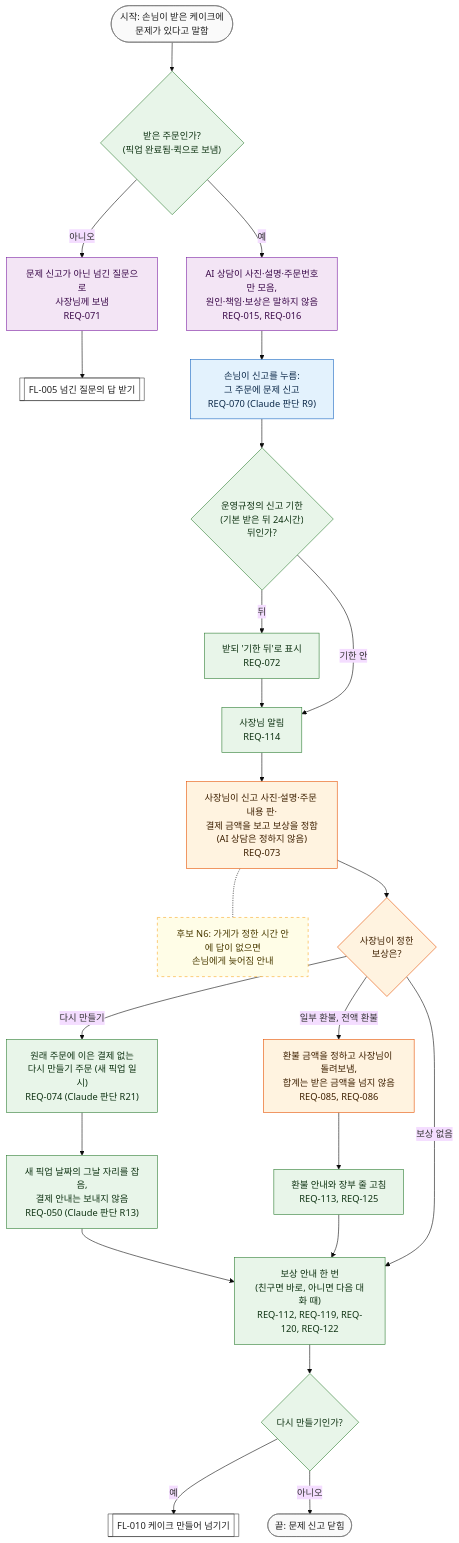
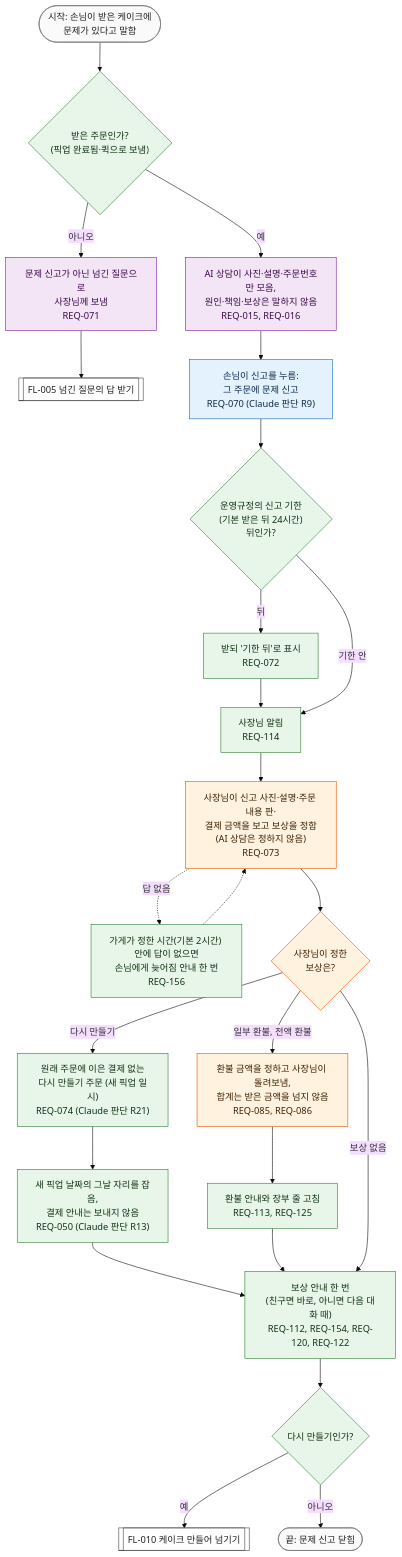
The diagram in docs/03-user-flow/FL-011-report-issue.md (kodonghui/siljang.ai), drawn with Mermaid (base theme) before and after one commit. The commit also changed other lines of this file and 17 other files, not shown here.

First line of the commit message:
docs(flow): 03단계 확정을 반영하고 요구사항 2판을 더함

````diff
--- a/docs/03-user-flow/FL-011-report-issue.md
+++ b/docs/03-user-flow/FL-011-report-issue.md
@@ -18,52 +18,53 @@
 ```mermaid
 flowchart TD
   S(["시작: 손님이 받은 케이크에<br/>문제가 있다고 말함"])
   D0{"받은 주문인가?<br/>(픽업 완료됨·퀵으로 보냄)"}
   I1["문제 신고가 아닌 넘긴 질문으로<br/>사장님께 보냄<br/>REQ-071"]
   F5[["FL-005 넘긴 질문의 답 받기"]]
   I2["AI 상담이 사진·설명·주문번호만 모음,<br/>원인·책임·보상은 말하지 않음<br/>REQ-015, REQ-016"]
   I3["손님이 신고를 누름:<br/>그 주문에 문제 신고<br/>REQ-070 (Claude 판단 R9)"]
   D1{"운영규정의 신고 기한<br/>(기본 받은 뒤 24시간)<br/>뒤인가?"}
   I4["받되 '기한 뒤'로 표시<br/>REQ-072"]
   I5["사장님 알림<br/>REQ-114"]
   I6["사장님이 신고 사진·설명·주문 내용 판·<br/>결제 금액을 보고 보상을 정함<br/>(AI 상담은 정하지 않음)<br/>REQ-073"]
-  G6["후보 N6: 가게가 정한 시간 안에 답이 없으면<br/>손님에게 늦어짐 안내"]
+  G6["가게가 정한 시간(기본 2시간) 안에 답이 없으면<br/>손님에게 늦어짐 안내 한 번<br/>REQ-156"]
   D2{"사장님이 정한<br/>보상은?"}
   I7["원래 주문에 이은 결제 없는<br/>다시 만들기 주문 (새 픽업 일시)<br/>REQ-074 (Claude 판단 R21)"]
   I8["새 픽업 날짜의 그날 자리를 잡음,<br/>결제 안내는 보내지 않음<br/>REQ-050 (Claude 판단 R13)"]
   I9["환불 금액을 정하고 사장님이 돌려보냄,<br/>합계는 받은 금액을 넘지 않음<br/>REQ-085, REQ-086"]
   I10["환불 안내와 장부 줄 고침<br/>REQ-113, REQ-125"]
-  I11["보상 안내 한 번<br/>(친구면 바로, 아니면 다음 대화 때)<br/>REQ-112, REQ-119, REQ-120, REQ-122"]
+  I11["보상 안내 한 번<br/>(친구면 바로, 아니면 다음 대화 때)<br/>REQ-112, REQ-154, REQ-120, REQ-122"]
   D3{"다시 만들기인가?"}
   F10[["FL-010 케이크 만들어 넘기기"]]
   E1(["끝: 문제 신고 닫힘"])
 
   S --> D0
   D0 -->|"아니오"| I1 --> F5
   D0 -->|"예"| I2 --> I3 --> D1
   D1 -->|"뒤"| I4 --> I5
   D1 -->|"기한 안"| I5
   I5 --> I6 --> D2
-  I6 -.- G6
+  I6 -.->|"답 없음"| G6
+  G6 -.-> I6
   D2 -->|"다시 만들기"| I7 --> I8 --> I11
   D2 -->|"일부 환불, 전액 환불"| I9 --> I10 --> I11
   D2 -->|"보상 없음"| I11
   I11 --> D3
   D3 -->|"예"| F10
   D3 -->|"아니오"| E1
 
   classDef cust fill:#e3f2fd,stroke:#1565c0,color:#0d2a4a
   classDef ai fill:#f3e5f5,stroke:#7b1fa2,color:#3b0a4a
   classDef owner fill:#fff3e0,stroke:#e65100,color:#3e2000
   classDef svc fill:#e8f5e9,stroke:#2e7d32,color:#0f3313
   classDef gap fill:#fffde7,stroke:#f9a825,stroke-dasharray:5 5,color:#4a3b00
   classDef flow fill:#ffffff,stroke:#424242,color:#212121
   classDef term fill:#fafafa,stroke:#757575,color:#212121
   class I3 cust
   class I1,I2 ai
   class I6,D2,I9 owner
   class D0,D1,I4,I5,I7,I8,I10,I11,D3 svc
-  class G6 gap
+  class G6 svc
   class F5,F10 flow
   class S,E1 term
 ```
````
